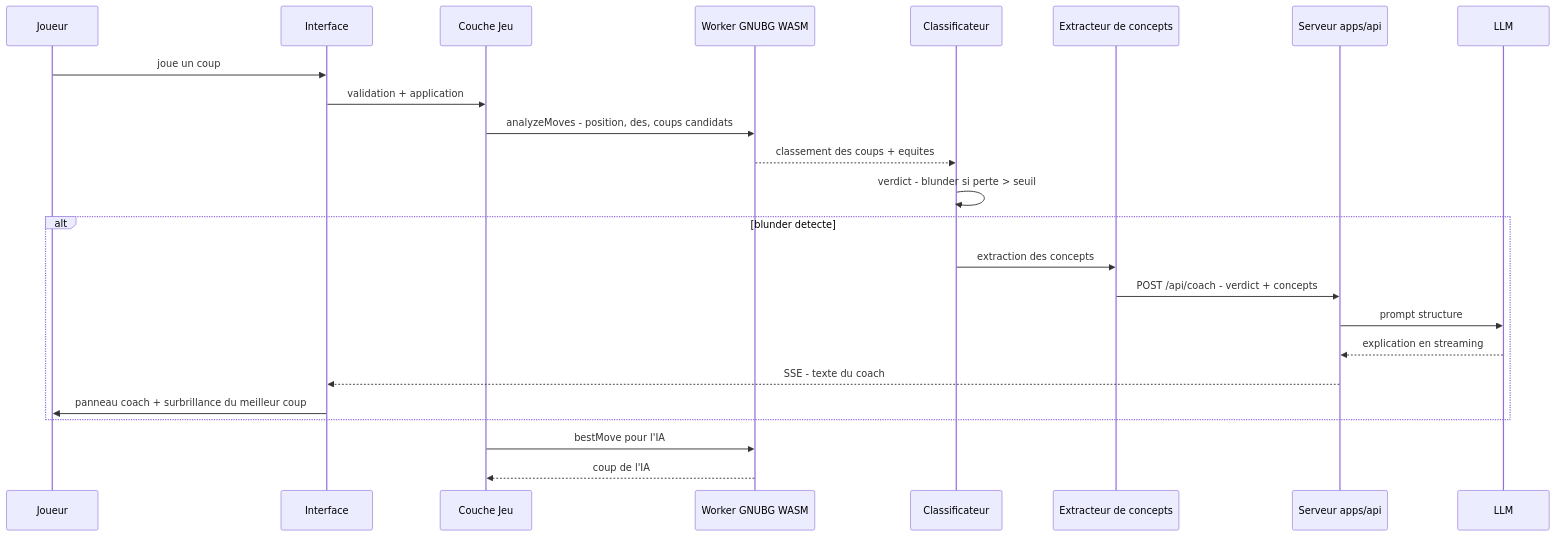
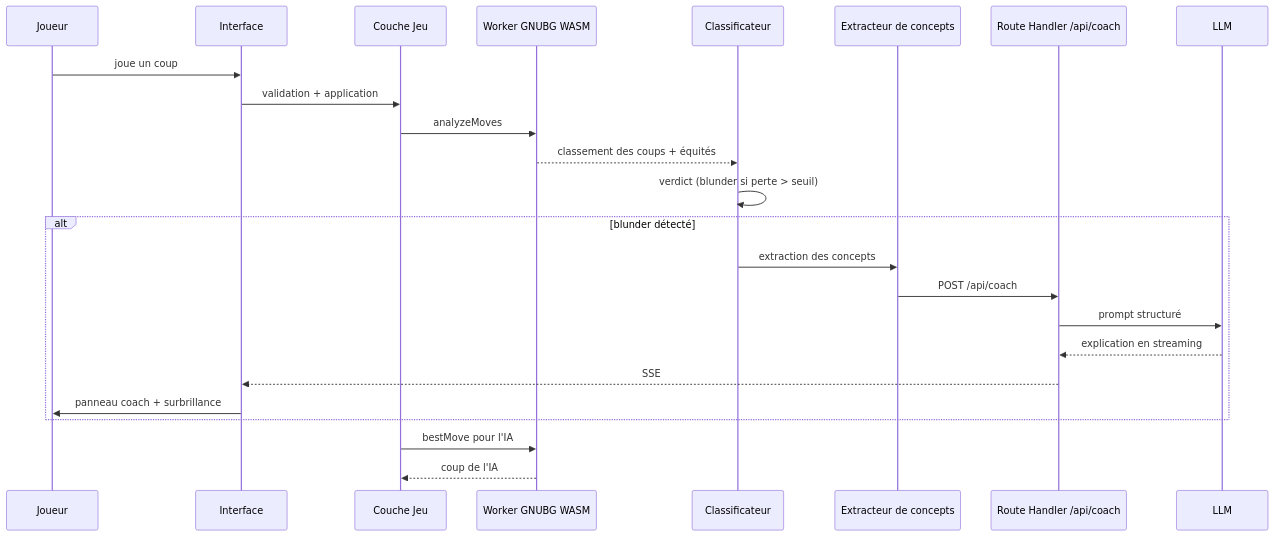
One commit to 8888vtc-ui/BACK changed the diagram in ARCHITECTURE.md. Above: the diagram before and after it, drawn with Mermaid. The commit also changed other lines of this file and 7 other files, not shown here.

````diff
--- a/ARCHITECTURE.md
+++ b/ARCHITECTURE.md
@@ -260,27 +175,27 @@
 ```mermaid
 sequenceDiagram
     participant J as Joueur
     participant UI as Interface
     participant G as Couche Jeu
     participant W as Worker GNUBG WASM
     participant C as Classificateur
     participant X as Extracteur de concepts
-    participant S as Serveur apps/api
+    participant S as Route Handler /api/coach
     participant L as LLM
 
     J->>UI: joue un coup
     UI->>G: validation + application
-    G->>W: analyzeMoves - position, des, coups candidats
-    W-->>C: classement des coups + equites
-    C->>C: verdict - blunder si perte > seuil
-    alt blunder detecte
+    G->>W: analyzeMoves
+    W-->>C: classement des coups + équités
+    C->>C: verdict (blunder si perte > seuil)
+    alt blunder détecté
         C->>X: extraction des concepts
-        X->>S: POST /api/coach - verdict + concepts
-        S->>L: prompt structure
+        X->>S: POST /api/coach
+        S->>L: prompt structuré
         L-->>S: explication en streaming
-        S-->>UI: SSE - texte du coach
-        UI->>J: panneau coach + surbrillance du meilleur coup
+        S-->>UI: SSE
+        UI->>J: panneau coach + surbrillance
     end
     G->>W: bestMove pour l'IA
     W-->>G: coup de l'IA
 ```
````
